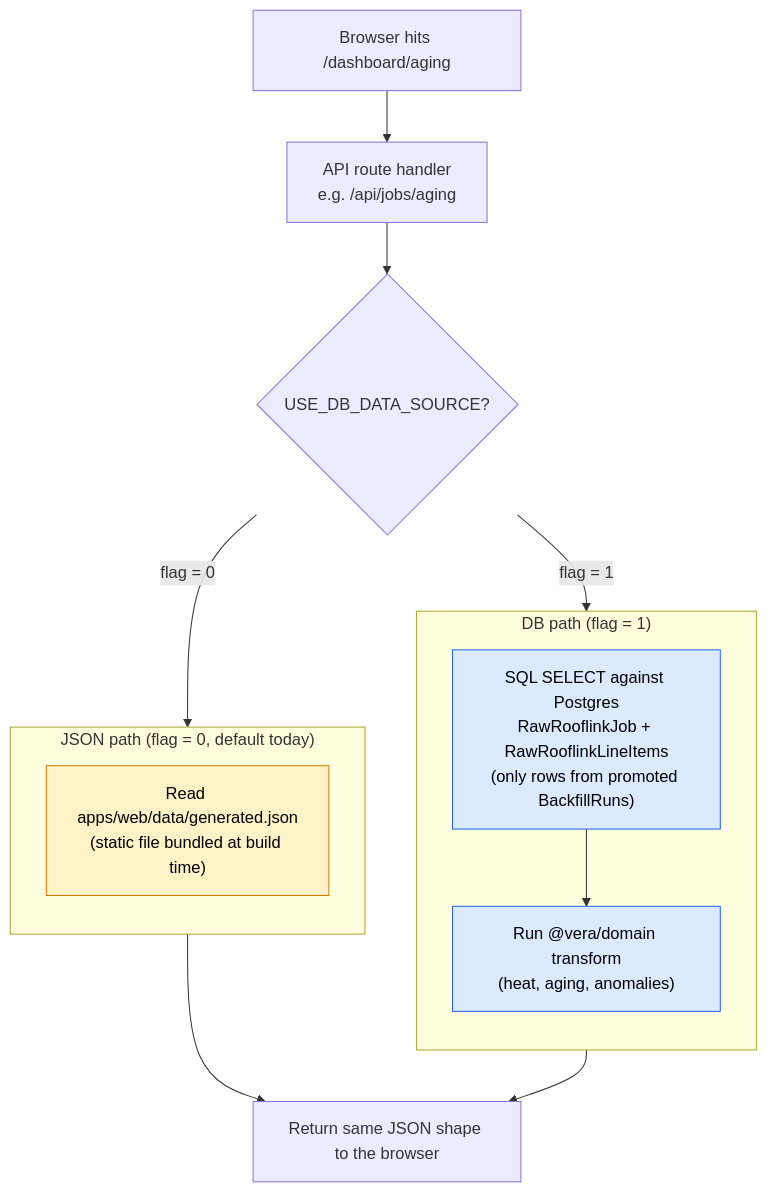
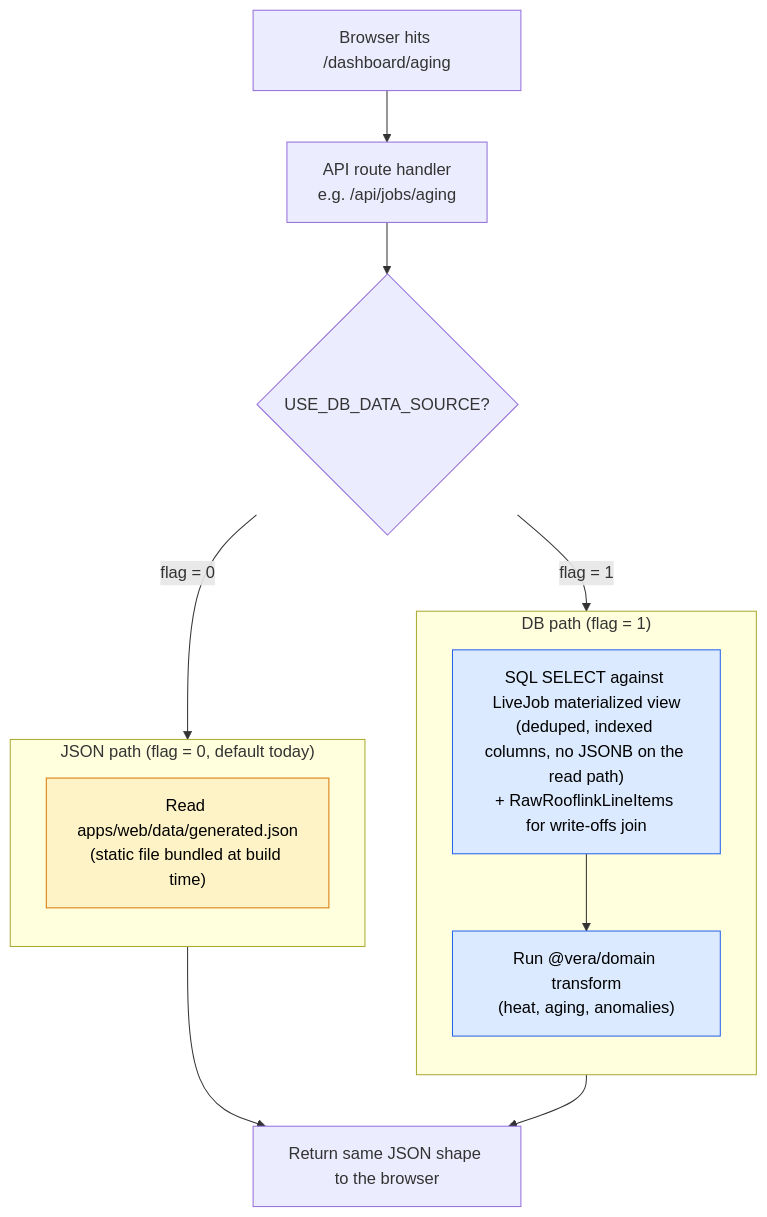
One commit to adityauphade-mac/vera-mvp changed the second of 2 diagrams in docs/DATA_MODEL.md. Above: the diagram before and after it, drawn with Mermaid. The commit also changed other lines of this file and 5 other files, not shown here.

First line of the commit message:
docs: LiveJob materialized view — architecture, data model, release

````diff
--- a/docs/DATA_MODEL.md
+++ b/docs/DATA_MODEL.md
@@ -337,31 +410,31 @@
 ```mermaid
 flowchart TD
     Browser["Browser hits /dashboard/aging"]
     Route["API route handler<br/>e.g. /api/jobs/aging"]
     Dispatcher{"USE_DB_DATA_SOURCE?"}
 
     subgraph JSONPath ["JSON path (flag = 0, default today)"]
         direction TB
         JsonFile["Read apps/web/data/generated.json<br/>(static file bundled at build time)"]
     end
 
     subgraph DBPath ["DB path (flag = 1)"]
         direction TB
-        SQL["SQL SELECT against Postgres<br/>RawRooflinkJob + RawRooflinkLineItems<br/>(only rows from promoted BackfillRuns)"]
+        SQL["SQL SELECT against LiveJob materialized view<br/>(deduped, indexed columns, no JSONB on the read path)<br/>+ RawRooflinkLineItems for write-offs join"]
         Transform["Run @vera/domain transform<br/>(heat, aging, anomalies)"]
         SQL --> Transform
     end
 
     Response["Return same JSON shape to the browser"]
 
     Browser --> Route --> Dispatcher
     Dispatcher -->|flag = 0| JSONPath
     Dispatcher -->|flag = 1| DBPath
     JSONPath --> Response
     DBPath --> Response
 
     classDef json fill:#fef3c7,stroke:#d97706,color:#000
     classDef db fill:#dbeafe,stroke:#2563eb,color:#000
     class JsonFile json
     class SQL,Transform db
 ```
````
